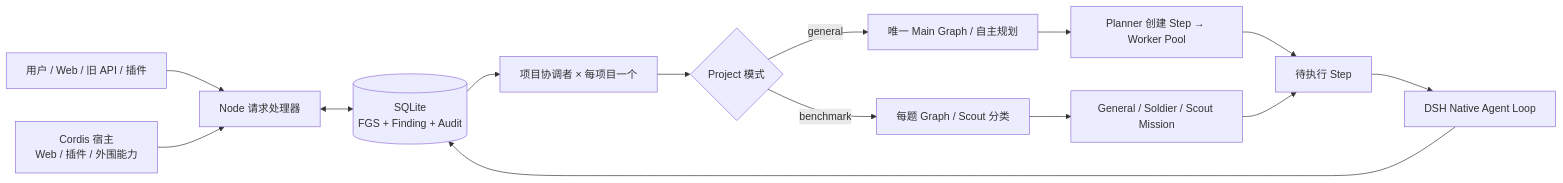
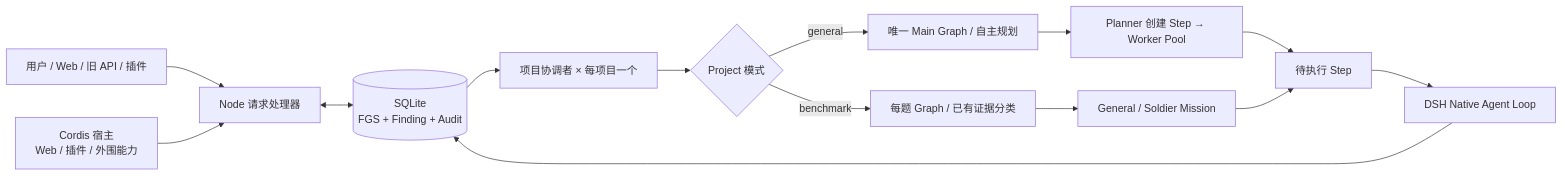
The diagram in README.md (0X6C7879/RedTrace), drawn with Mermaid before and after one commit. The commit also changed other lines of this file and 84 other files, not shown here.

First line of the commit message:
feat(engine): benchmark metadata, scout retirement and cookie isolation

````diff
--- a/README.md
+++ b/README.md
@@ -28,16 +28,16 @@
 ```mermaid
 flowchart LR
     U[用户 / Web / 旧 API / 插件] --> N[Node 请求处理器]
     N <--> DB[(SQLite<br/>FGS + Finding + Audit)]
     DB --> D[项目协调者 × 每项目一个]
     D --> B{Project 模式}
-    B -->|benchmark| SC[每题 Graph / Scout 分类]
+    B -->|benchmark| SC[每题 Graph / 已有证据分类]
     B -->|general| M[唯一 Main Graph / 自主规划]
-    SC --> G[General / Soldier / Scout Mission]
+    SC --> G[General / Soldier Mission]
     M --> L[Planner 创建 Step → Worker Pool]
     L --> S
     G --> S[待执行 Step]
     S --> E[DSH Native Agent Loop]
     E --> DB
     C[Cordis 宿主<br/>Web / 插件 / 外围能力] --> N
 ```
````
